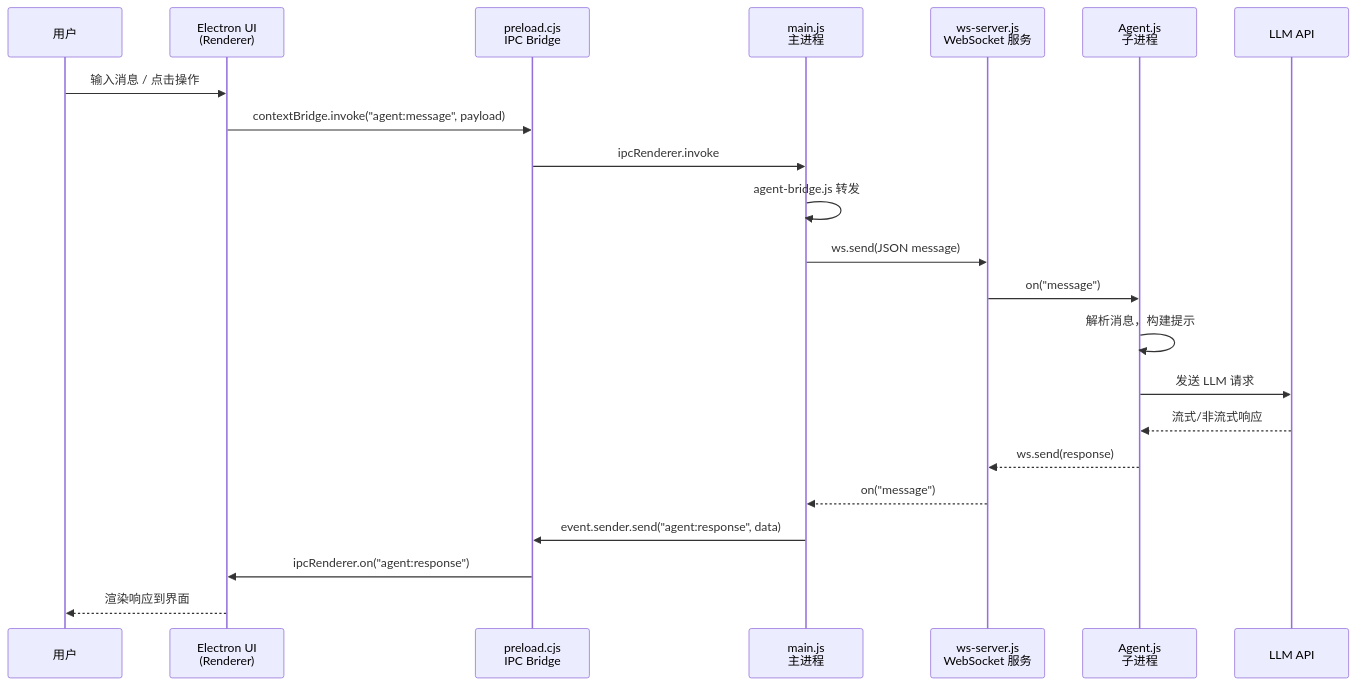
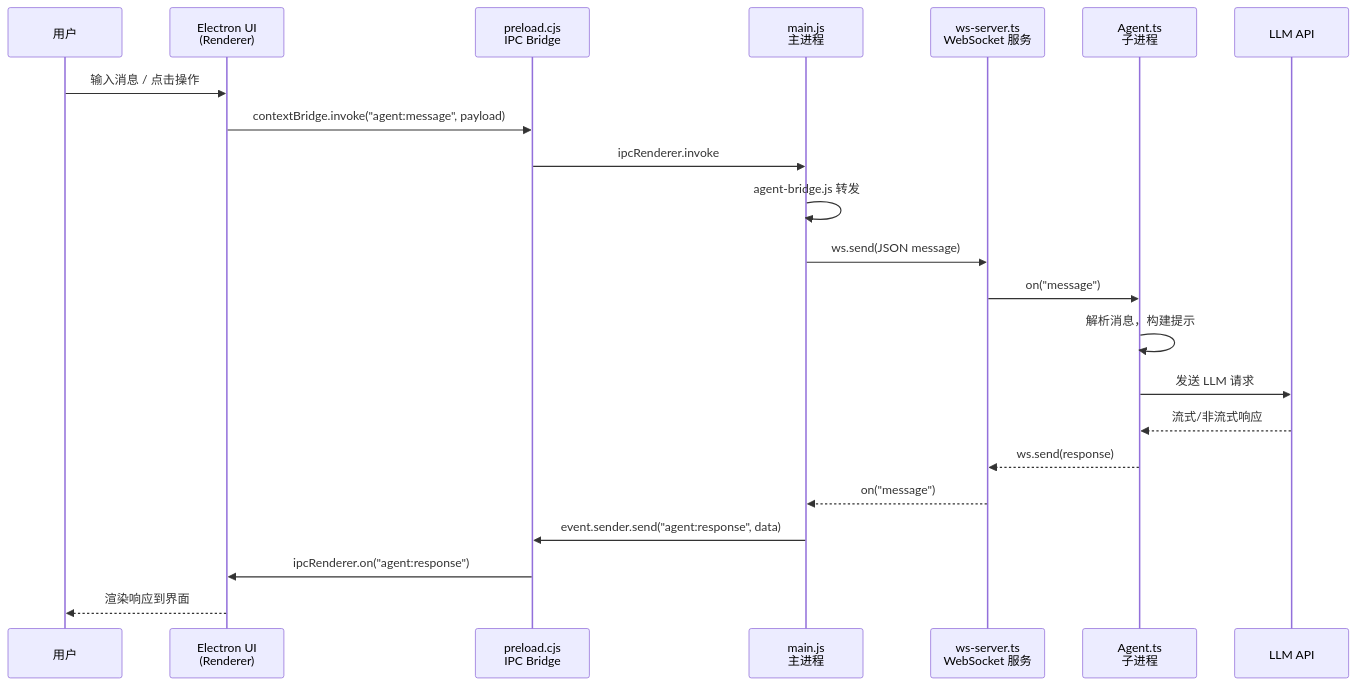
One commit to 1486853830/CogitoAgent changed the fourth of 7 diagrams in introduction/architecture.md. Above: the diagram before and after it, drawn with Mermaid. The commit also changed other lines of this file and 23 other files, not shown here.

````diff
--- a/introduction/architecture.md
+++ b/introduction/architecture.md
@@ -169,28 +169,28 @@
 ```mermaid
 sequenceDiagram
     participant User as 用户
     participant UI as Electron UI<br/>(Renderer)
     participant Bridge as preload.cjs<br/>IPC Bridge
     participant Main as main.js<br/>主进程
-    participant WS as ws-server.js<br/>WebSocket 服务
-    participant Agent as Agent.js<br/>子进程
+    participant WS as ws-server.ts<br/>WebSocket 服务
+    participant Agent as Agent.ts<br/>子进程
     participant AI as LLM API
 
     User->>UI: 输入消息 / 点击操作
     UI->>Bridge: contextBridge.invoke("agent:message", payload)
     Bridge->>Main: ipcRenderer.invoke
     Main->>Main: agent-bridge.js 转发
 
     Main->>WS: ws.send(JSON message)
     WS->>Agent: on("message")
     Agent->>Agent: 解析消息，构建提示
     Agent->>AI: 发送 LLM 请求
 
     AI-->>Agent: 流式/非流式响应
     Agent-->>WS: ws.send(response)
     WS-->>Main: on("message")
 
     Main->>Bridge: event.sender.send("agent:response", data)
     Bridge->>UI: ipcRenderer.on("agent:response")
     UI-->>User: 渲染响应到界面
 ```
````
